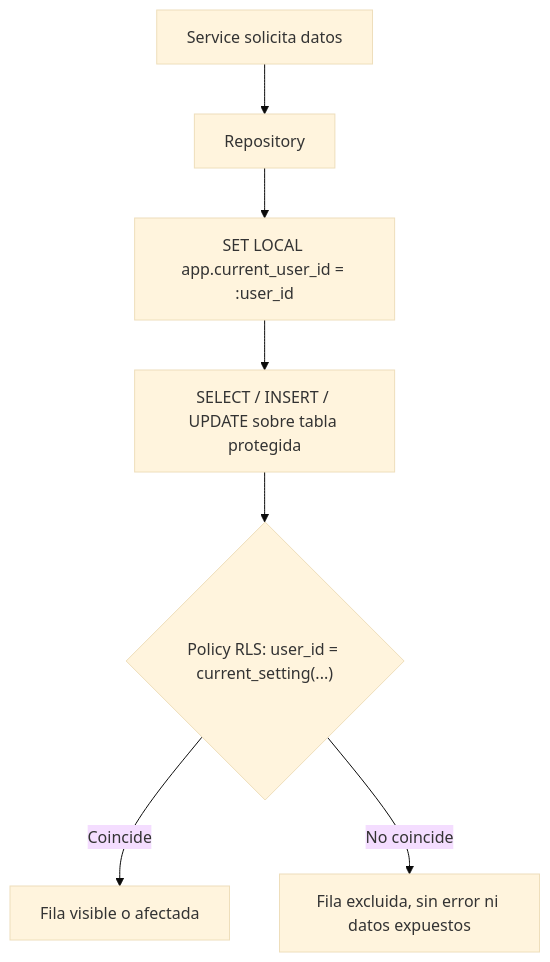
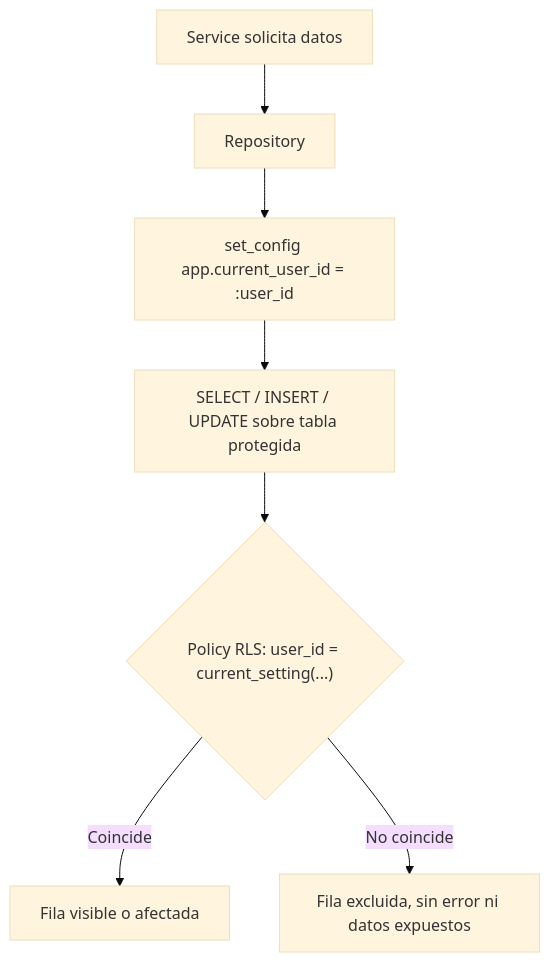
The fourth of 4 diagrams in docs/security.md (marianavargasospina/Fintrack), drawn with Mermaid (base theme) before and after one commit. The commit also changed other lines of this file and 23 other files, not shown here.

````diff
--- a/docs/security.md
+++ b/docs/security.md
@@ -168,9 +168,9 @@
 ```mermaid
 flowchart TD
     A["Service solicita datos"] --> B["Repository"]
-    B --> C["SET LOCAL app.current_user_id = :user_id"]
+    B --> C["set_config app.current_user_id = :user_id"]
     C --> D["SELECT / INSERT / UPDATE sobre tabla protegida"]
     D --> E{"Policy RLS: user_id = current_setting(...)"}
     E -->|Coincide| F["Fila visible o afectada"]
     E -->|No coincide| G["Fila excluida, sin error ni datos expuestos"]
 ```
````
